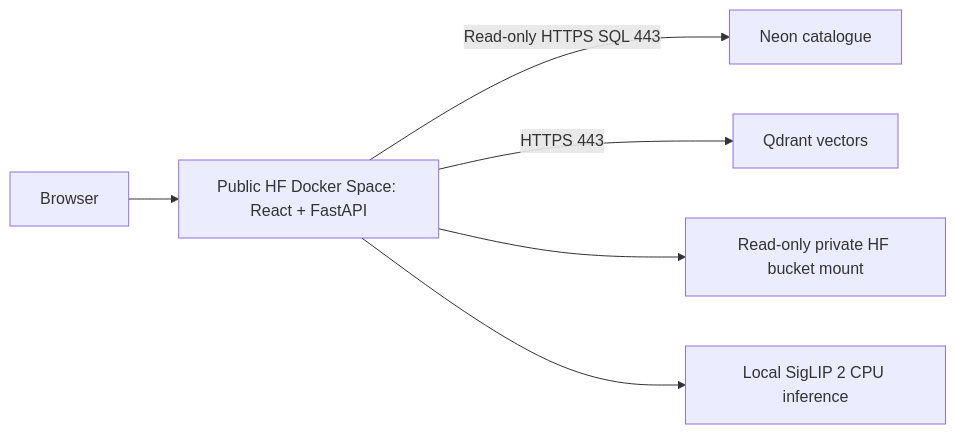
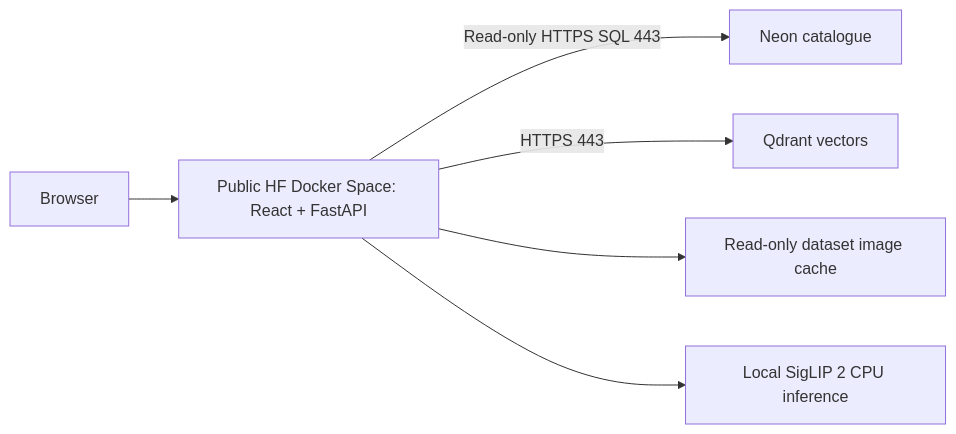
Before and after one commit to CoralLeiCN/multimodal: the diagram in docs/huggingface_spaces.md, drawn with Mermaid. The commit also changed other lines of this file and 49 other files, not shown here.

````diff
--- a/docs/huggingface_spaces.md
+++ b/docs/huggingface_spaces.md
@@ -17,8 +17,8 @@
 ```mermaid
 flowchart LR
     Browser --> Space[Public HF Docker Space: React + FastAPI]
     Space -->|Read-only HTTPS SQL 443| Neon[Neon catalogue]
     Space -->|HTTPS 443| Qdrant[Qdrant vectors]
-    Space --> Images[Read-only private HF bucket mount]
+    Space --> Images[Read-only dataset image cache]
     Space --> Model[Local SigLIP 2 CPU inference]
 ```
````
